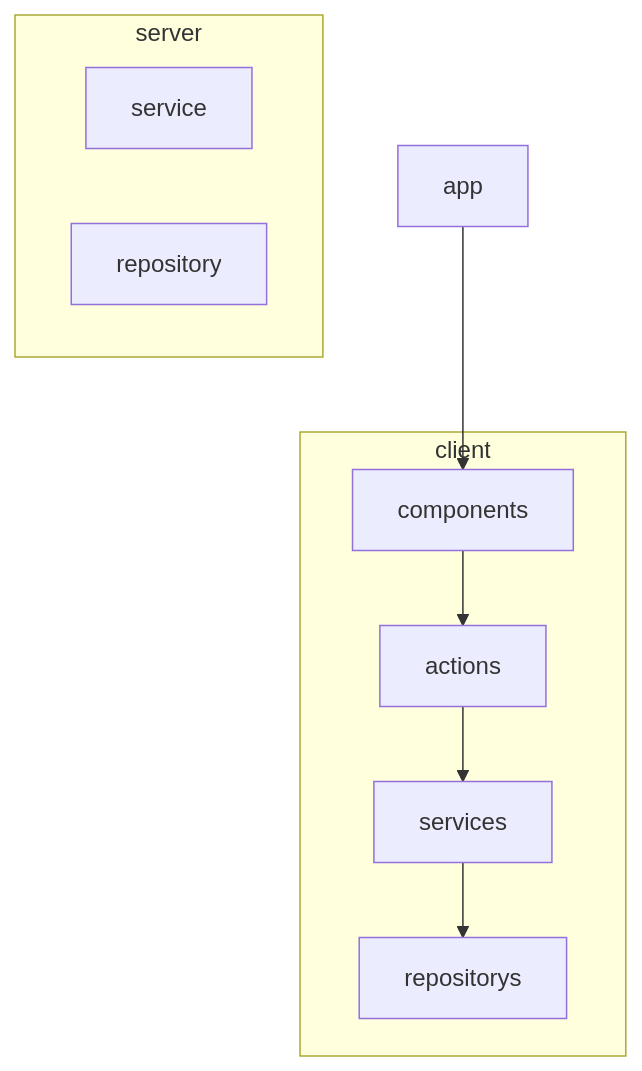
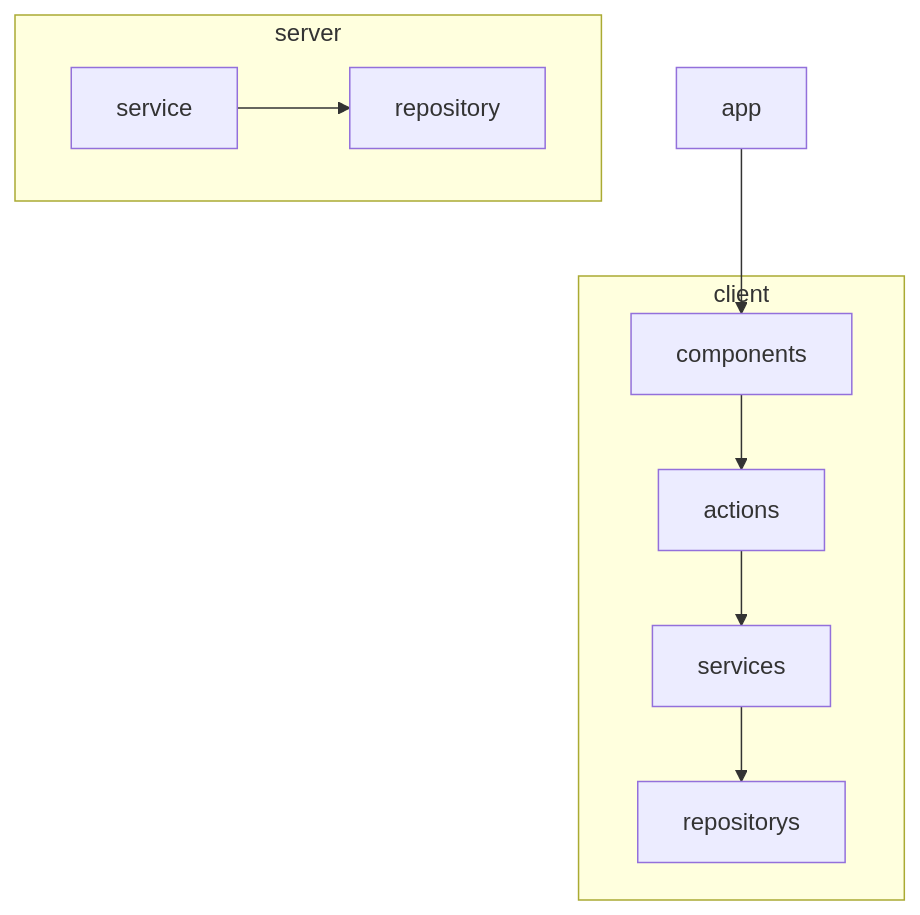
The diagram in doc/dependency.md (jinopapo/api-diff), drawn with Mermaid before and after one commit. The commit also changed 1 other file, not shown here.

Commit message:
lint追加

````diff
--- a/doc/dependency.md
+++ b/doc/dependency.md
@@ -1,22 +1,23 @@
 ```mermaid
 graph TD
   App[app]
 
   subgraph Client[client]
     CComp[components]
     CAct[actions]
     CSvc[services]
     CRepo[repositorys]
   end
 
   subgraph Server[server]
     SSvc[service]
     SRepo[repository]
   end
 
   %% 許可される導線（明示ルール）
   App --> CComp
   CComp --> CAct
   CAct --> CSvc
   CSvc --> CRepo
+  SSvc --> SRepo
 ```
````
